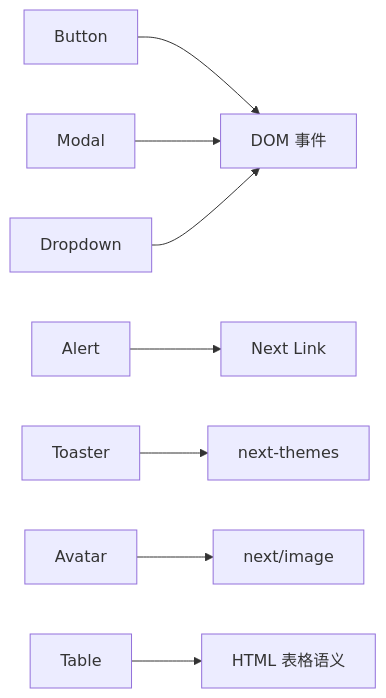
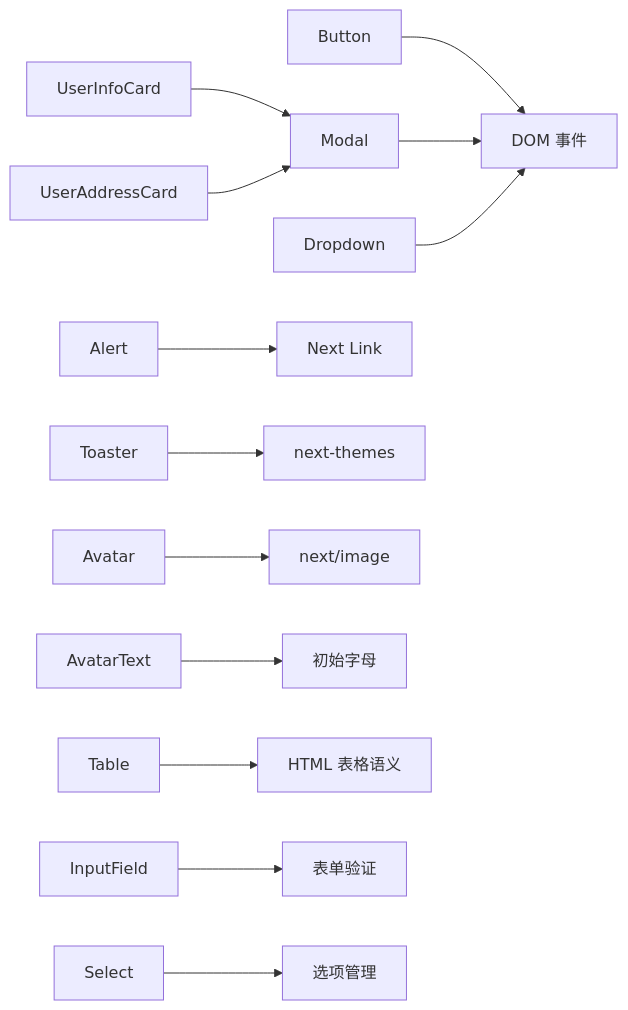
One commit to HAOFUYANG/nextjs-admin changed diagram 18 of 18 in .qoder/repowiki/zh/content/UI 组件库/UI 组件库.md. Above: the diagram before and after it, drawn with Mermaid. The commit also changed other lines of this file and 15 other files, not shown here.

````diff
--- a/.qoder/repowiki/zh/content/UI 组件库/UI 组件库.md
+++ b/.qoder/repowiki/zh/content/UI 组件库/UI 组件库.md
@@ -473,10 +620,15 @@
 ```mermaid
 graph LR
 btn["Button"] --> dom["DOM 事件"]
 modal["Modal"] --> dom
 dropdown["Dropdown"] --> dom
 alert["Alert"] --> link["Next Link"]
 toast["Toaster"] --> theme["next-themes"]
 avatar["Avatar"] --> img["next/image"]
+avatarText["AvatarText"] --> initials["初始字母"]
 table["Table"] --> html["HTML 表格语义"]
+input["InputField"] --> validation["表单验证"]
+select["Select"] --> options["选项管理"]
+userInfo["UserInfoCard"] --> modal
+userAddress["UserAddressCard"] --> modal
 ```
````
